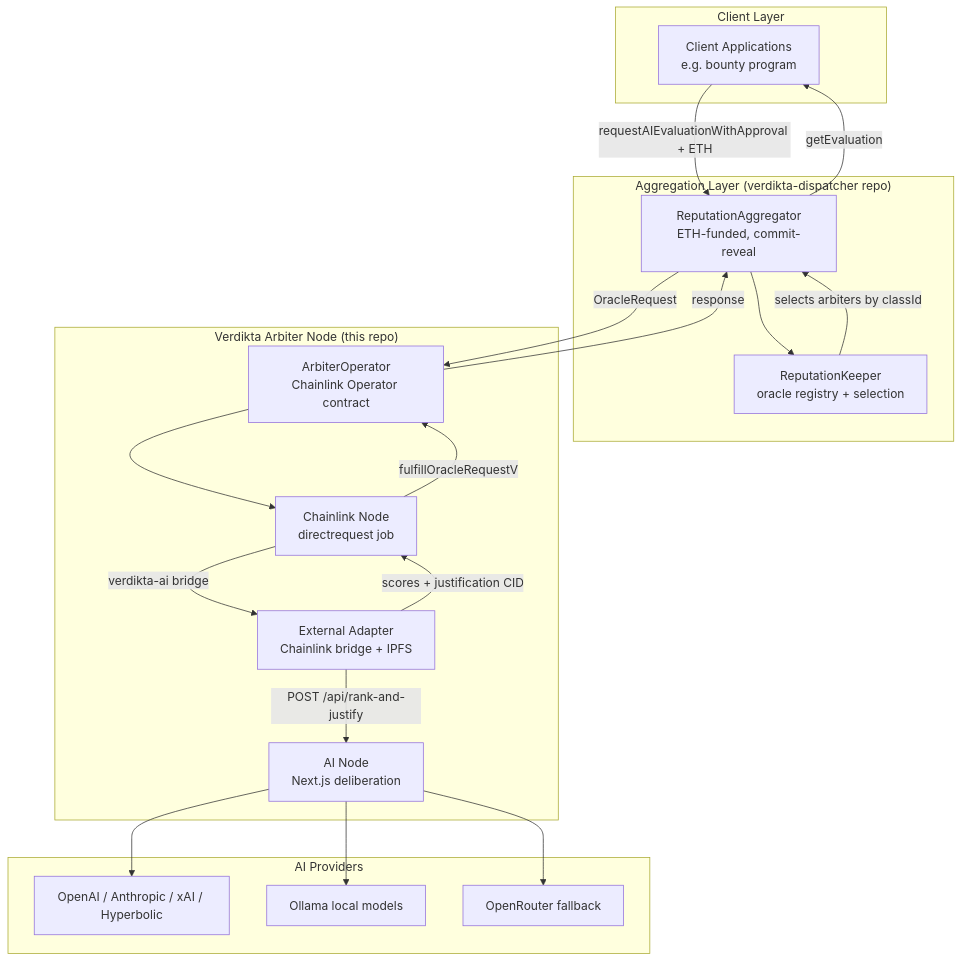
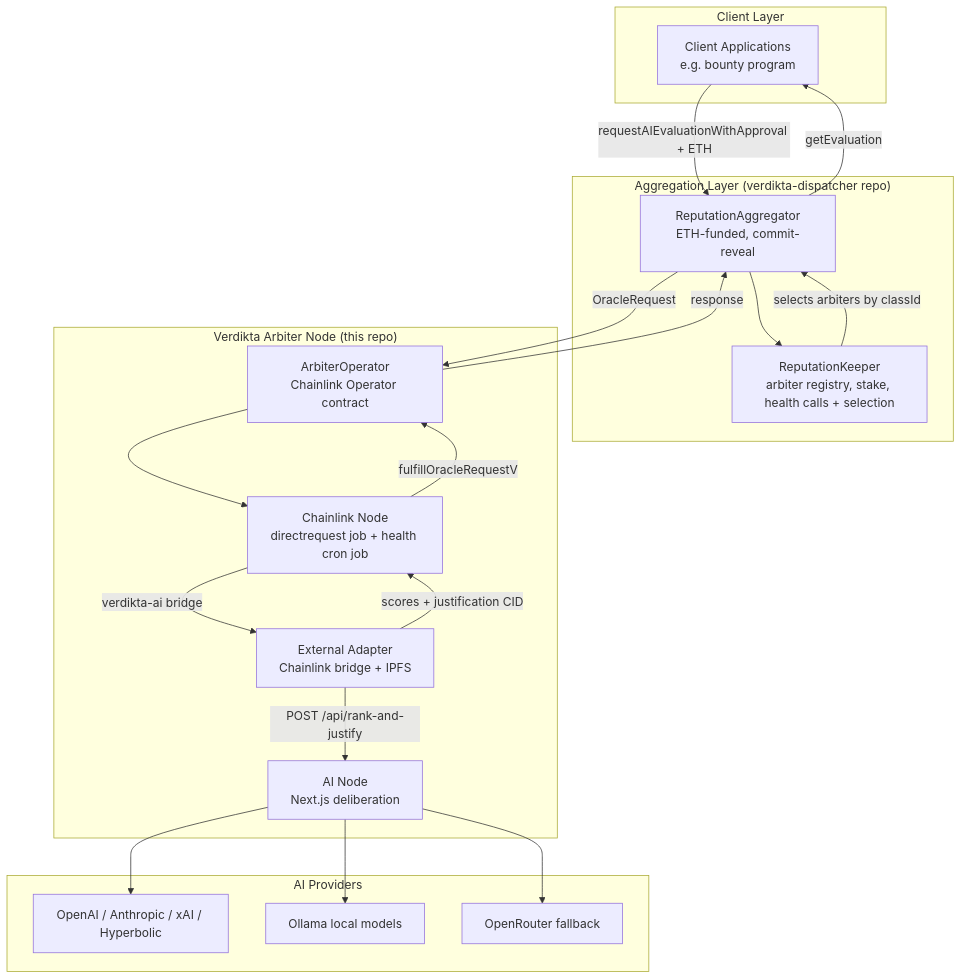
The first of 3 diagrams in docs/development/architecture.md (verdikta/verdikta-arbiter), drawn with Mermaid before and after one commit. The commit also changed other lines of this file and 27 other files, not shown here.

````diff
--- a/docs/development/architecture.md
+++ b/docs/development/architecture.md
@@ -7,39 +7,39 @@
 ```mermaid
 graph TB
     subgraph "Client Layer"
         A[Client Applications<br/>e.g. bounty program]
     end
 
     subgraph "Aggregation Layer (verdikta-dispatcher repo)"
         J[ReputationAggregator<br/>ETH-funded, commit-reveal]
-        RK[ReputationKeeper<br/>oracle registry + selection]
+        RK[ReputationKeeper<br/>arbiter registry, stake, health calls + selection]
     end
 
     subgraph "Verdikta Arbiter Node (this repo)"
         I[ArbiterOperator<br/>Chainlink Operator contract]
-        E[Chainlink Node<br/>directrequest job]
+        E[Chainlink Node<br/>directrequest job + health cron job]
         D[External Adapter<br/>Chainlink bridge + IPFS]
         C[AI Node<br/>Next.js deliberation]
     end
 
     subgraph "AI Providers"
         F[OpenAI / Anthropic / xAI / Hyperbolic]
         H[Ollama local models]
         OR[OpenRouter fallback]
     end
 
     A -->|requestAIEvaluationWithApproval + ETH| J
     J --> RK
     RK -->|selects arbiters by classId| J
     J -->|OracleRequest| I
     I --> E
     E -->|verdikta-ai bridge| D
     D -->|POST /api/rank-and-justify| C
     C --> F
     C --> H
     C --> OR
     D -->|scores + justification CID| E
     E -->|fulfillOracleRequestV| I
     I -->|response| J
     J -->|getEvaluation| A
 ```
````
